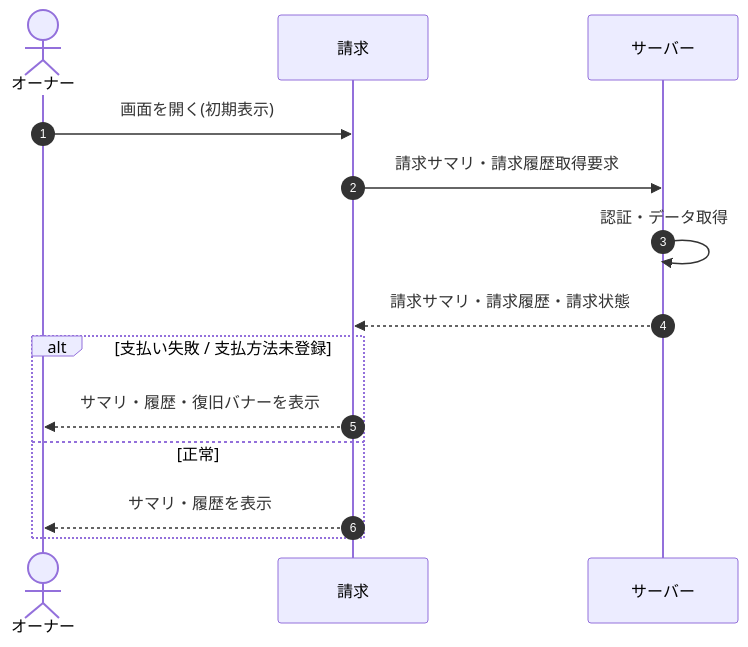
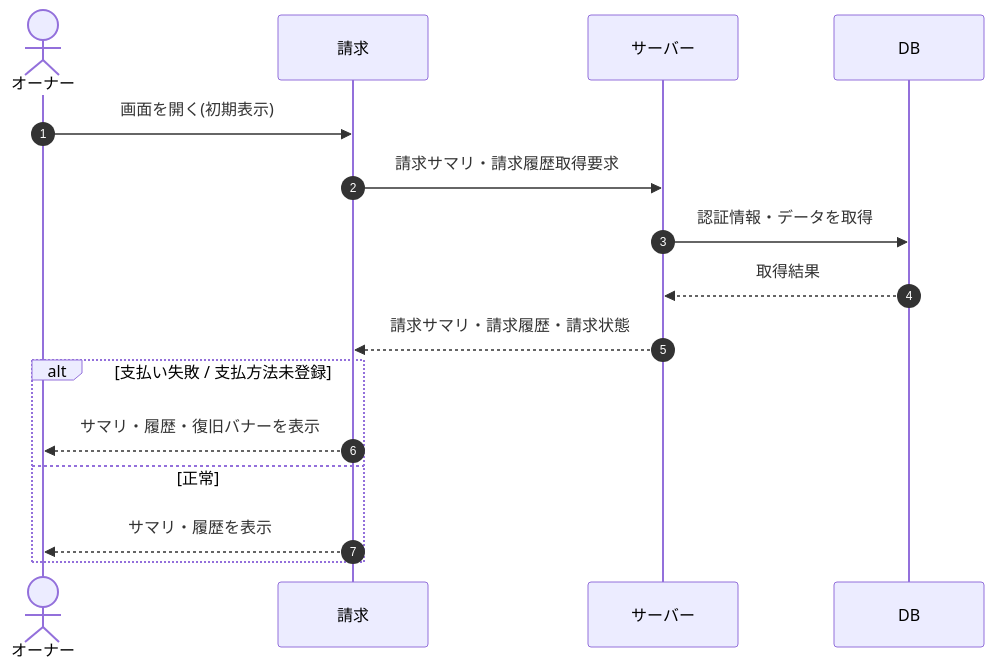
The diagram in 02_basic_design/03_sequences/SEQ-081.md (sikakou54/open-faq), drawn with Mermaid before and after one commit. The commit also changed other lines of this file and 122 other files, not shown here.

First line of the commit message:
シーケンス図に DB アクターを追加(DB 操作をサーバー自己メッセージから分離)

````diff
--- a/02_basic_design/03_sequences/SEQ-081.md
+++ b/02_basic_design/03_sequences/SEQ-081.md
@@ -26,16 +26,18 @@
 ```mermaid
 sequenceDiagram
   autonumber
   actor U as オーナー
   participant Screen as 請求
   participant Server as サーバー
+  participant DB as DB
   U->>Screen: 画面を開く(初期表示)
   Screen->>Server: 請求サマリ・請求履歴取得要求
-  Server->>Server: 認証・データ取得
+  Server->>DB: 認証情報・データを取得
+  DB-->>Server: 取得結果
   Server-->>Screen: 請求サマリ・請求履歴・請求状態
   alt 支払い失敗 / 支払方法未登録
     Screen-->>U: サマリ・履歴・復旧バナーを表示
   else 正常
     Screen-->>U: サマリ・履歴を表示
   end
 ```
````
